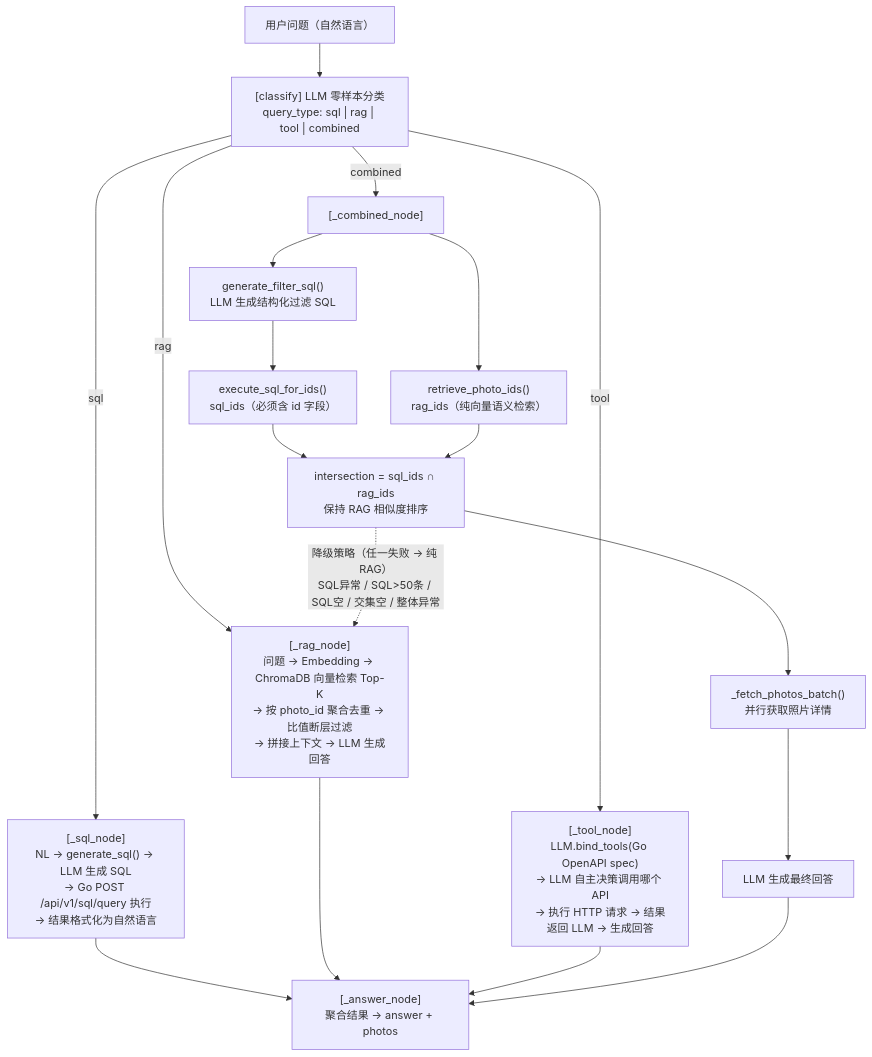
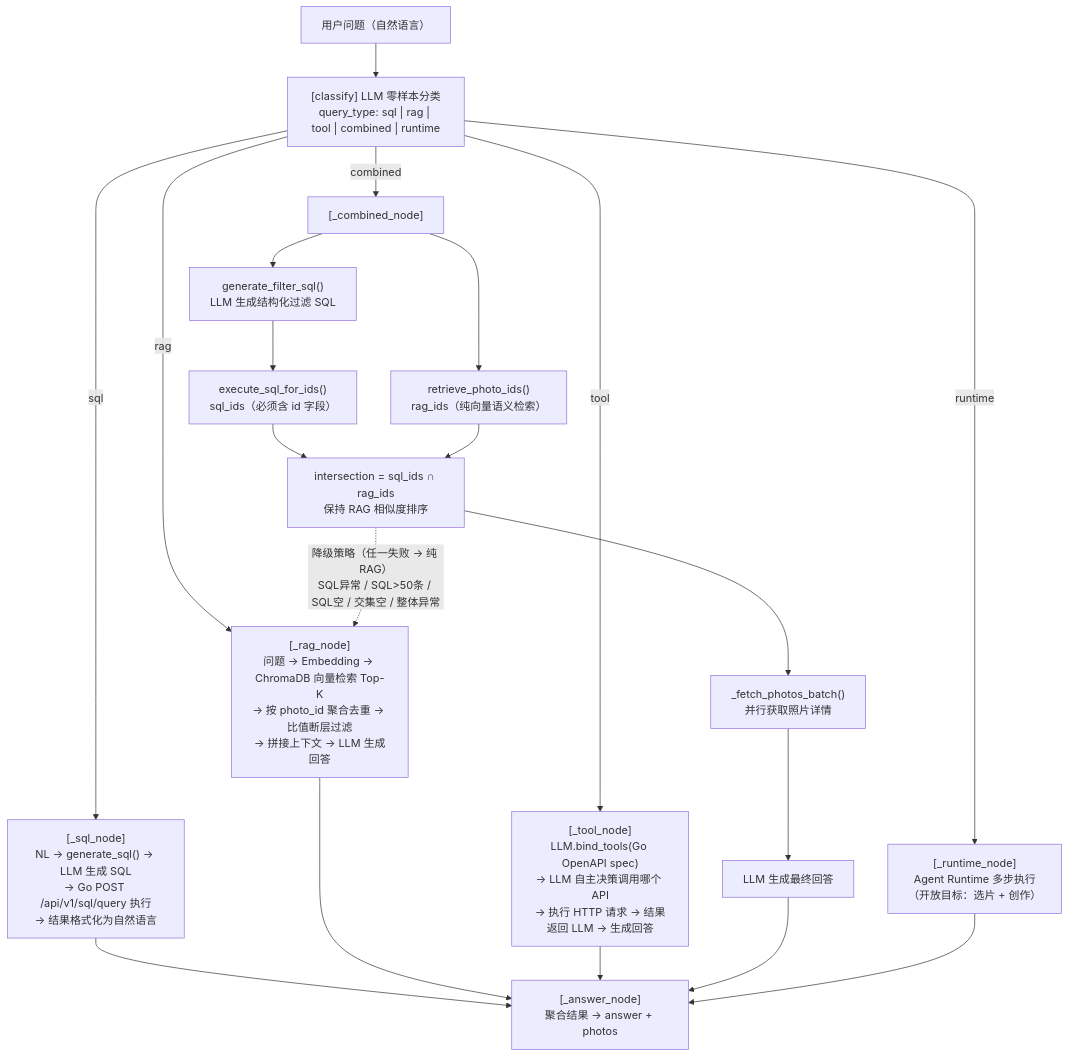
One commit to pancake-lee/photo-agent changed the third of 6 diagrams in docs/tech.md. Above: the diagram before and after it, drawn with Mermaid. The commit also changed other lines of this file and 21 other files, not shown here.

Commit message:
feat: 生成-Agent Runtime

````diff
--- a/docs/tech.md
+++ b/docs/tech.md
@@ -64,26 +64,29 @@
 ```mermaid
 flowchart TD
-    A["用户问题（自然语言）"] --> B["[classify] LLM 零样本分类<br>query_type: sql | rag | tool | combined"]
+    A["用户问题（自然语言）"] --> B["[classify] LLM 零样本分类<br>query_type: sql | rag | tool | combined | runtime"]
 
     B -->|sql| C["[_sql_node]<br>NL → generate_sql() → LLM 生成 SQL<br>→ Go POST /api/v1/sql/query 执行<br>→ 结果格式化为自然语言"]
 
     B -->|rag| D["[_rag_node]<br>问题 → Embedding → ChromaDB 向量检索 Top-K<br>→ 按 photo_id 聚合去重 → 比值断层过滤<br>→ 拼接上下文 → LLM 生成回答"]
 
     B -->|tool| E["[_tool_node]<br>LLM.bind_tools(Go OpenAPI spec)<br>→ LLM 自主决策调用哪个 API<br>→ 执行 HTTP 请求 → 结果返回 LLM → 生成回答"]
 
     B -->|combined| F["[_combined_node]"]
     F --> G["generate_filter_sql()<br>LLM 生成结构化过滤 SQL"]
     G --> H["execute_sql_for_ids()<br>sql_ids（必须含 id 字段）"]
     F --> I["retrieve_photo_ids()<br>rag_ids（纯向量语义检索）"]
     H --> J["intersection = sql_ids ∩ rag_ids<br>保持 RAG 相似度排序"]
     I --> J
     J --> K["_fetch_photos_batch()<br>并行获取照片详情"]
     K --> L["LLM 生成最终回答"]
 
     J -.->|"降级策略（任一失败 → 纯 RAG）<br>SQL异常 / SQL>50条 / SQL空 / 交集空 / 整体异常"| D
 
+    B -->|runtime| N["[_runtime_node]<br>Agent Runtime 多步执行<br>（开放目标：选片 + 创作）"]
+
     C --> M["[_answer_node]<br>聚合结果 → answer + photos"]
     D --> M
     E --> M
     L --> M
+    N --> M
 ```
````
